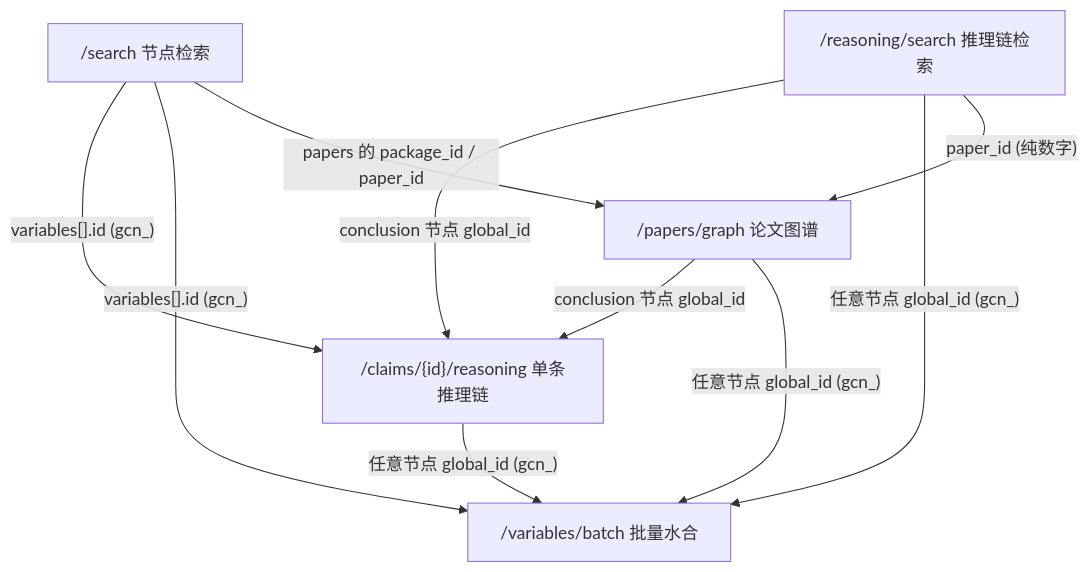
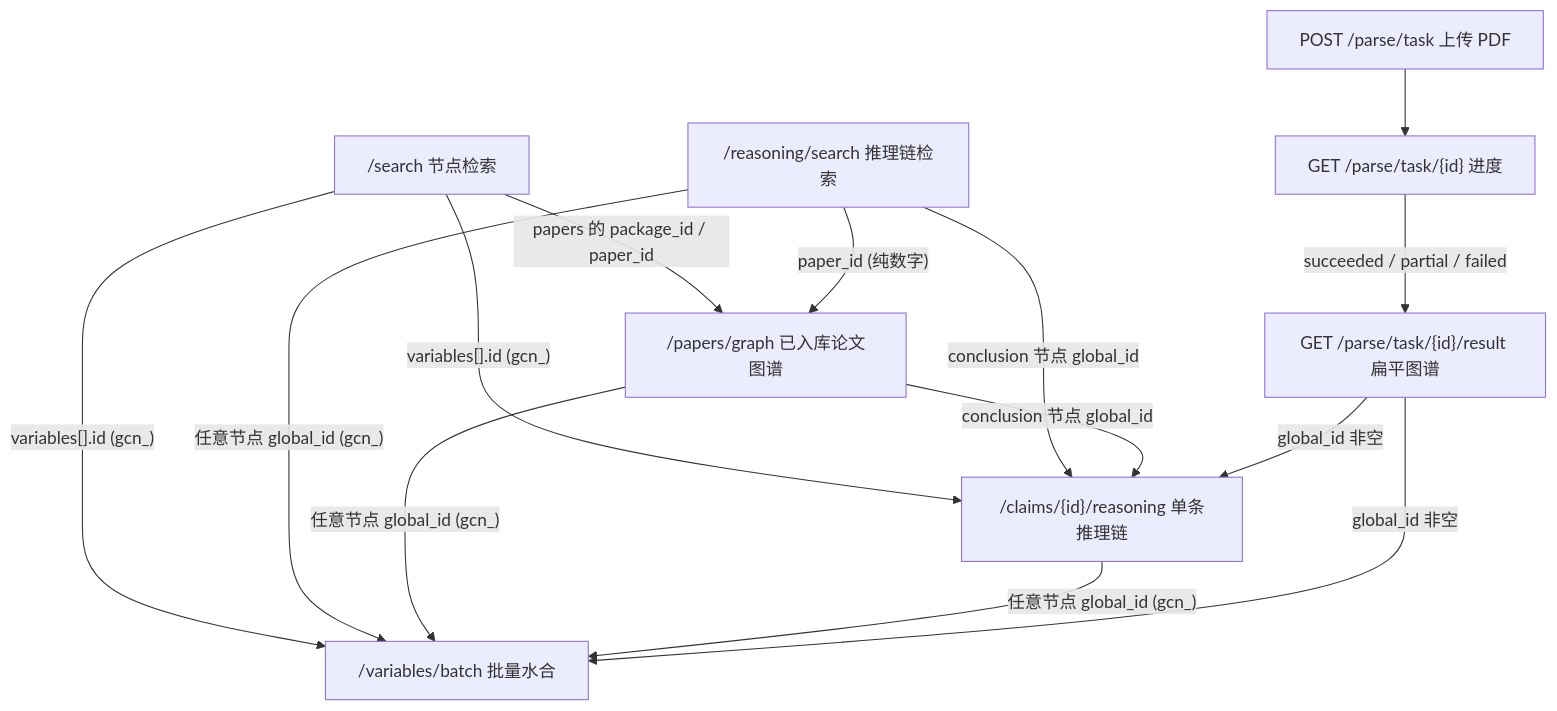
Before and after one commit to dptech-corp/bohrium-skills: the diagram in zh/bohrium-lkm/SKILL.md, drawn with Mermaid. The commit also changed other lines of this file and 5 other files, not shown here.

First line of the commit message:
Document LKM async PDF parse in the bohrium-lkm skill.

````diff
--- a/zh/bohrium-lkm/SKILL.md
+++ b/zh/bohrium-lkm/SKILL.md
@@ -53,18 +59,25 @@
 ```mermaid
 flowchart TD
     search["/search 节点检索"]
     rsearch["/reasoning/search 推理链检索"]
-    pgraph["/papers/graph 论文图谱"]
+    pgraph["/papers/graph 已入库论文图谱"]
     creason["/claims/{id}/reasoning 单条推理链"]
     batch["/variables/batch 批量水合"]
+    parse["POST /parse/task 上传 PDF"]
+    pstatus["GET /parse/task/{id} 进度"]
+    presult["GET /parse/task/{id}/result 扁平图谱"]
 
     search -->|"variables[].id (gcn_)"| creason
     search -->|"variables[].id (gcn_)"| batch
     search -->|"papers 的 package_id / paper_id"| pgraph
     rsearch -->|"conclusion 节点 global_id"| creason
     rsearch -->|"任意节点 global_id (gcn_)"| batch
     rsearch -->|"paper_id (纯数字)"| pgraph
     pgraph -->|"conclusion 节点 global_id"| creason
     pgraph -->|"任意节点 global_id (gcn_)"| batch
     creason -->|"任意节点 global_id (gcn_)"| batch
+    parse --> pstatus
+    pstatus -->|"succeeded / partial / failed"| presult
+    presult -->|"global_id 非空"| creason
+    presult -->|"global_id 非空"| batch
 ```
````
